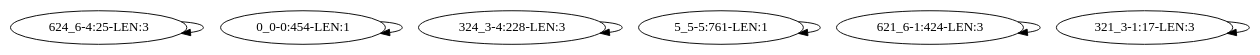
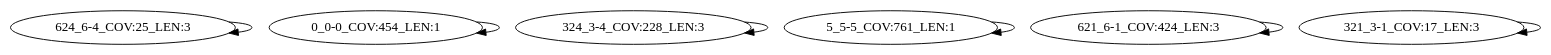
One commit to bluenote-1577/devider-test changed the diagram in amr_snaketest/results_spike_dbghap/MEG_7737xxDrugsxxbetalactamsxxClass_B_betalactamasesxxVIM_dbghaplo/intermediate/assembly_graph.dot. Above: the diagram before and after it, drawn with Graphviz. The commit also changed 3998 other files, not shown here.

```diff
--- a/amr_snaketest/results_spike_dbghap/MEG_7737xxDrugsxxbetalactamsxxClass_B_betalactamasesxxVIM_dbghaplo/intermediate/assembly_graph.dot
+++ b/amr_snaketest/results_spike_dbghap/MEG_7737xxDrugsxxbetalactamsxxClass_B_betalactamasesxxVIM_dbghaplo/intermediate/assembly_graph.dot
@@ -1,8 +1,8 @@
 digraph G {
-    "624_6-4:25-LEN:3" -> "624_6-4:25-LEN:3";
-    "0_0-0:454-LEN:1" -> "0_0-0:454-LEN:1";
-    "324_3-4:228-LEN:3" -> "324_3-4:228-LEN:3";
-    "5_5-5:761-LEN:1" -> "5_5-5:761-LEN:1";
-    "621_6-1:424-LEN:3" -> "621_6-1:424-LEN:3";
-    "321_3-1:17-LEN:3" -> "321_3-1:17-LEN:3";
+    "624_6-4_COV:25_LEN:3" -> "624_6-4_COV:25_LEN:3";
+    "0_0-0_COV:454_LEN:1" -> "0_0-0_COV:454_LEN:1";
+    "324_3-4_COV:228_LEN:3" -> "324_3-4_COV:228_LEN:3";
+    "5_5-5_COV:761_LEN:1" -> "5_5-5_COV:761_LEN:1";
+    "621_6-1_COV:424_LEN:3" -> "621_6-1_COV:424_LEN:3";
+    "321_3-1_COV:17_LEN:3" -> "321_3-1_COV:17_LEN:3";
 }
```
